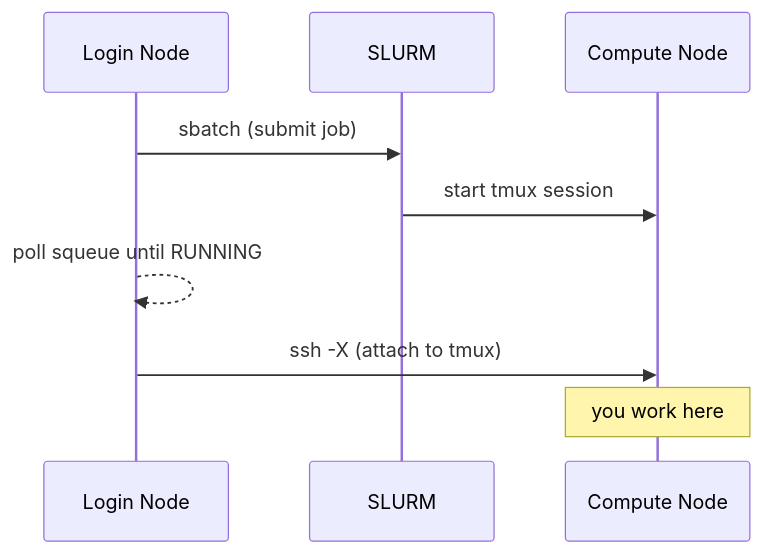
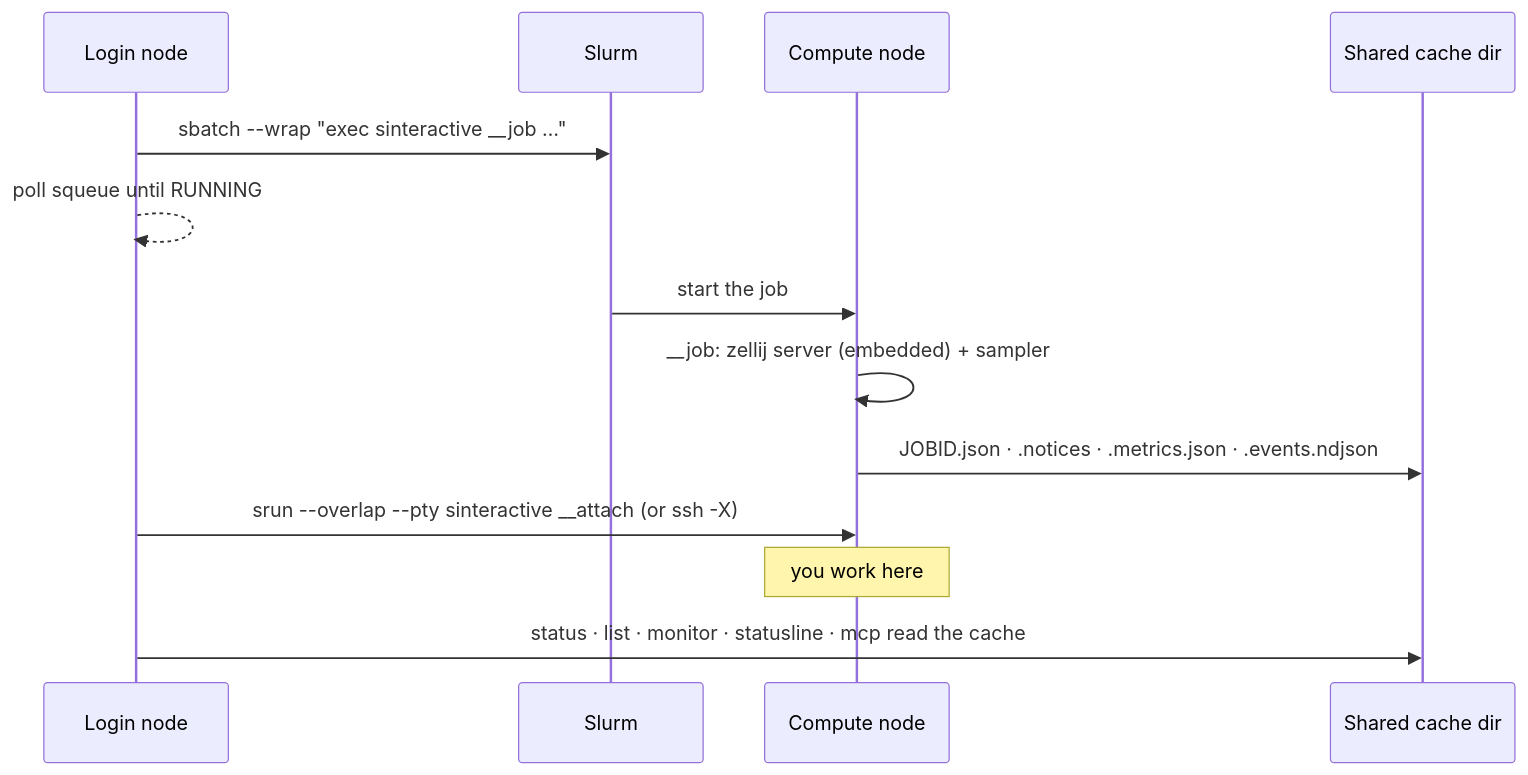
One commit to rnabioco/sinteractive changed the diagram in docs/index.md. Above: the diagram before and after it, drawn with Mermaid. The commit also changed other lines of this file and 7 other files, not shown here.

````diff
--- a/docs/index.md
+++ b/docs/index.md
@@ -56,12 +108,16 @@
 ```mermaid
 sequenceDiagram
-    participant L as Login Node
-    participant S as SLURM
-    participant C as Compute Node
+    participant L as Login node
+    participant S as Slurm
+    participant C as Compute node
+    participant F as Shared cache dir
 
-    L->>S: sbatch (submit job)
-    S->>C: start tmux session
+    L->>S: sbatch --wrap "exec sinteractive __job …"
     L-->>L: poll squeue until RUNNING
-    L->>C: ssh -X (attach to tmux)
+    S->>C: start the job
+    C->>C: __job: zellij server (embedded) + sampler
+    C->>F: JOBID.json · .notices · .metrics.json · .events.ndjson
+    L->>C: srun --overlap --pty sinteractive __attach (or ssh -X)
     Note over C: you work here
+    L->>F: status · list · monitor · statusline · mcp read the cache
 ```
````
